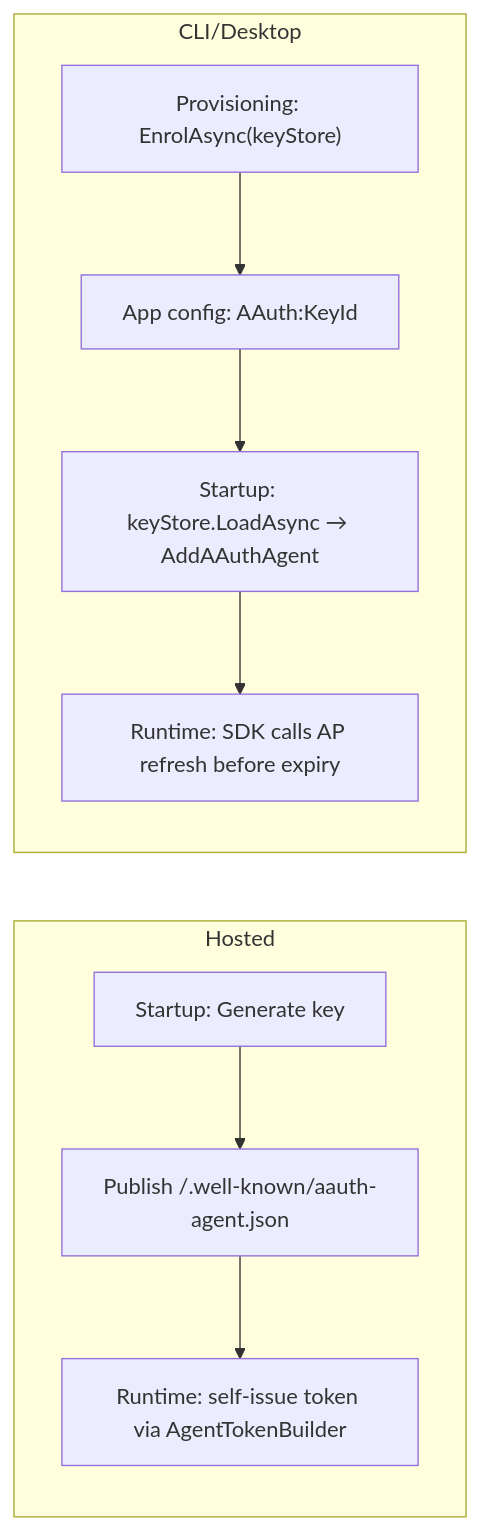
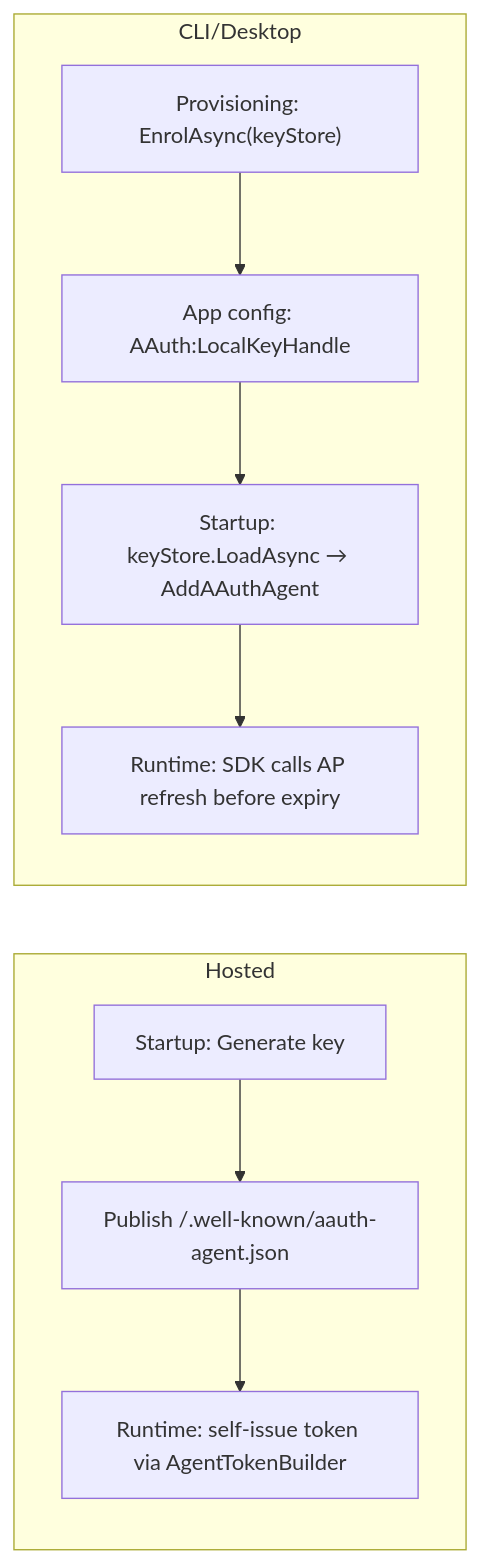
The diagram in docs/reference/dependency-injection.md (aauth-dev/dotnet-samples), drawn with Mermaid before and after one commit. The commit also changed other lines of this file and 10 other files, not shown here.

Commit message:
Update docs to use LocalKeyHandle and clarify AP/agent key separation

````diff
--- a/docs/reference/dependency-injection.md
+++ b/docs/reference/dependency-injection.md
@@ -14,12 +14,12 @@
 ```mermaid
 flowchart LR
     subgraph Hosted
         H1["Startup: Generate key"] --> H2["Publish /.well-known/aauth-agent.json"]
         H2 --> H3["Runtime: self-issue token via AgentTokenBuilder"]
     end
     subgraph CLI/Desktop
-        P["Provisioning: EnrolAsync(keyStore)"] --> C["App config: AAuth:KeyId"]
+        P["Provisioning: EnrolAsync(keyStore)"] --> C["App config: AAuth:LocalKeyHandle"]
         C --> S["Startup: keyStore.LoadAsync → AddAAuthAgent"]
         S --> R["Runtime: SDK calls AP refresh before expiry"]
     end
 ```
````
